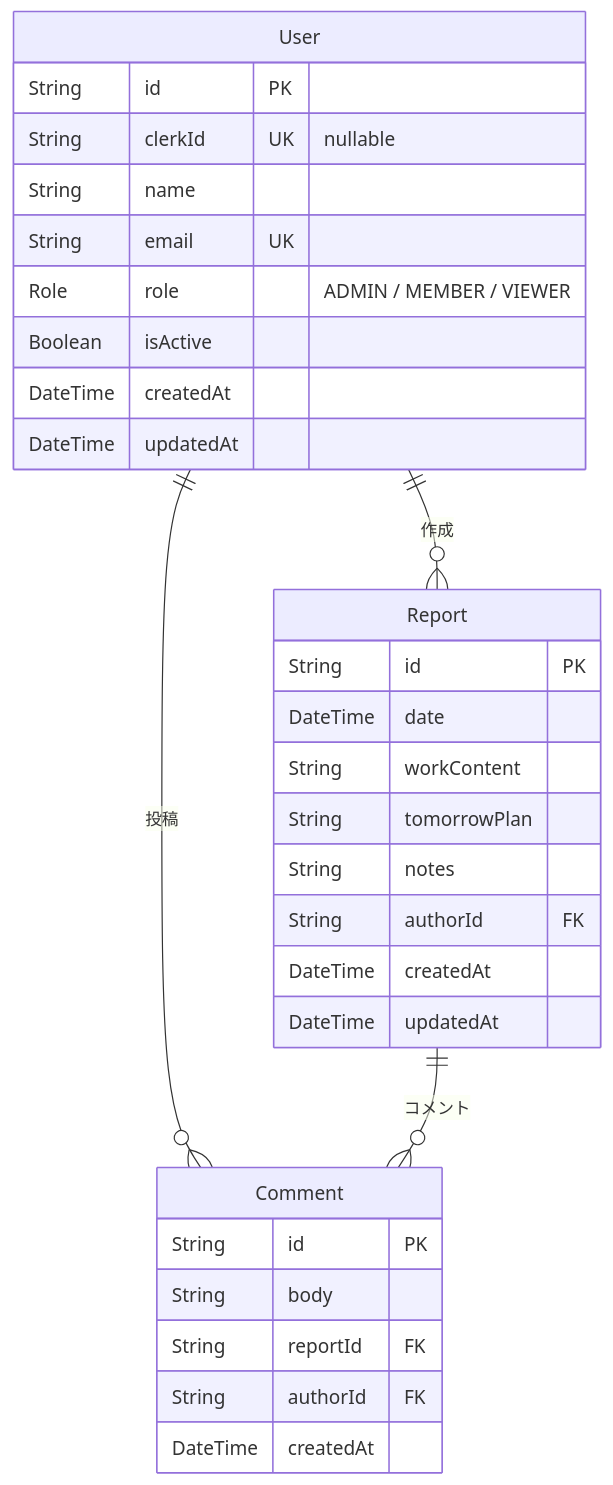
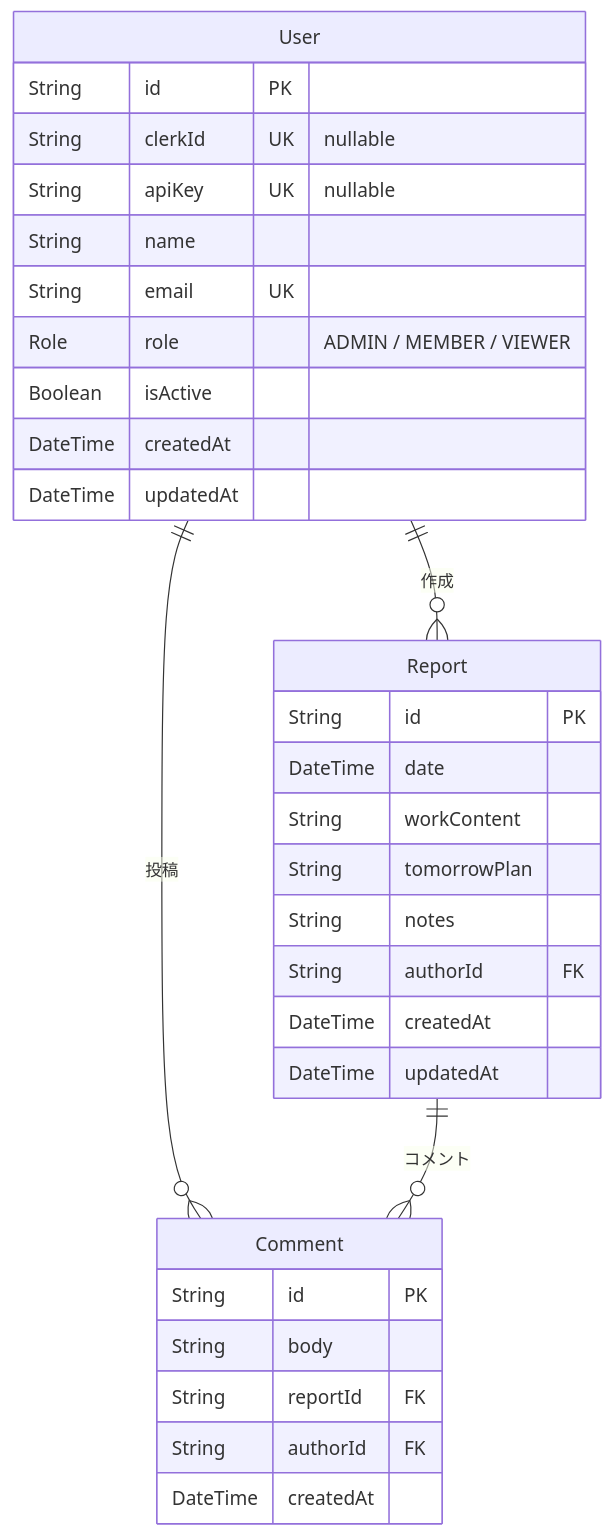
Before and after one commit to ot-nemoto/daily-hub: the diagram in docs/schema.md, drawn with Mermaid. The commit also changed other lines of this file and 3 other files, not shown here.

First line of the commit message:
feat(T131): User テーブルに apiKey カラムを追加する

````diff
--- a/docs/schema.md
+++ b/docs/schema.md
@@ -72,33 +73,34 @@
 ```mermaid
 erDiagram
     User {
         String id PK
         String clerkId UK "nullable"
+        String apiKey UK "nullable"
         String name
         String email UK
         Role role "ADMIN / MEMBER / VIEWER"
         Boolean isActive
         DateTime createdAt
         DateTime updatedAt
     }
     Report {
         String id PK
         DateTime date
         String workContent
         String tomorrowPlan
         String notes
         String authorId FK
         DateTime createdAt
         DateTime updatedAt
     }
     Comment {
         String id PK
         String body
         String reportId FK
         String authorId FK
         DateTime createdAt
     }
     User ||--o{ Report : "作成"
     User ||--o{ Comment : "投稿"
     Report ||--o{ Comment : "コメント"
 ```
````
